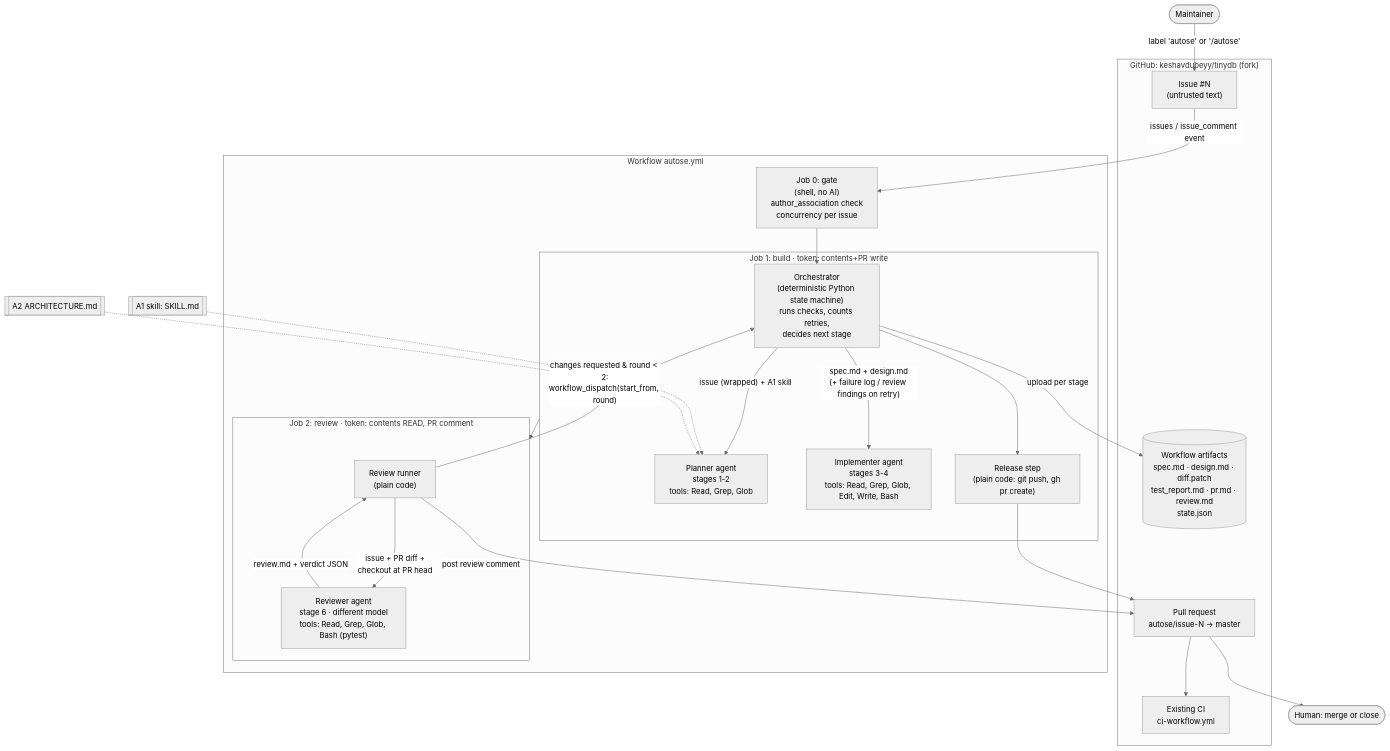
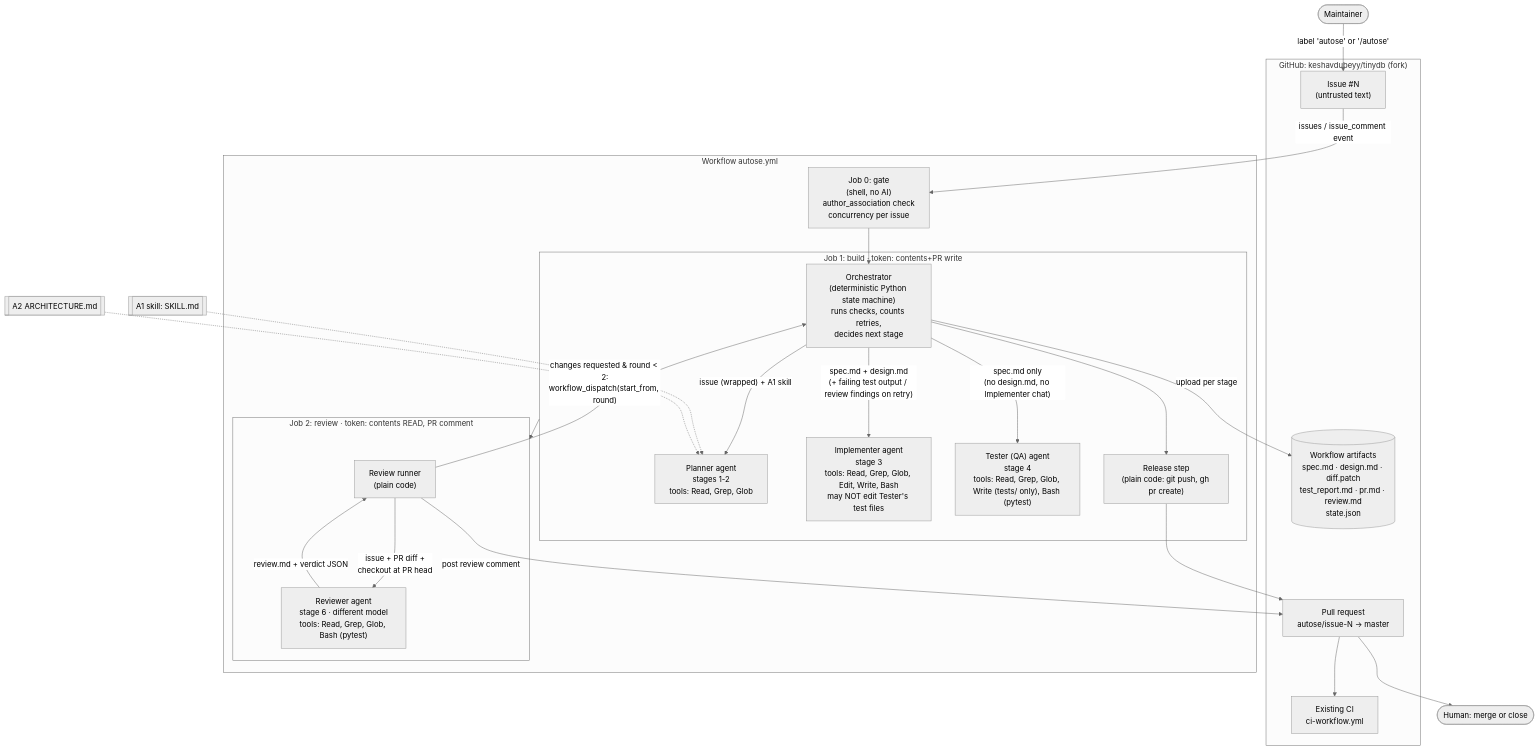
The diagram in architecture/views/component-view.md (keshavdubeyy/autose-a3), drawn with Mermaid (neutral theme) before and after one commit. The commit also changed other lines of this file and 5 other files, not shown here.

First line of the commit message:
Supersede ADR-001 with ADR-011: separate Tester (QA) agent

````diff
--- a/architecture/views/component-view.md
+++ b/architecture/views/component-view.md
@@ -6,45 +6,47 @@
 ```mermaid
 flowchart TB
     subgraph GH["GitHub: keshavdubeyy/tinydb (fork)"]
         ISSUE["Issue #N<br/>(untrusted text)"]
         PR["Pull request<br/>autose/issue-N → master"]
         CI["Existing CI<br/>ci-workflow.yml"]
         ART[("Workflow artifacts<br/>spec.md · design.md · diff.patch<br/>test_report.md · pr.md · review.md<br/>state.json")]
     end
 
     MAINT(["Maintainer"]) -- "label 'autose' or '/autose'" --> ISSUE
     ISSUE -- "issues / issue_comment event" --> GATE
 
     subgraph WF["Workflow autose.yml"]
         GATE["Job 0: gate<br/>(shell, no AI)<br/>author_association check<br/>concurrency per issue"]
 
         subgraph BUILD["Job 1: build · token: contents+PR write"]
             ORCH["Orchestrator<br/>(deterministic Python state machine)<br/>runs checks, counts retries,<br/>decides next stage"]
             PLAN["Planner agent<br/>stages 1-2<br/>tools: Read, Grep, Glob"]
-            IMPL["Implementer agent<br/>stages 3-4<br/>tools: Read, Grep, Glob, Edit, Write, Bash"]
+            IMPL["Implementer agent<br/>stage 3<br/>tools: Read, Grep, Glob, Edit, Write, Bash<br/>may NOT edit Tester's test files"]
+            TEST["Tester (QA) agent<br/>stage 4<br/>tools: Read, Grep, Glob, Write (tests/ only), Bash (pytest)"]
             REL["Release step<br/>(plain code: git push, gh pr create)"]
             ORCH -- "issue (wrapped) + A1 skill" --> PLAN
-            ORCH -- "spec.md + design.md<br/>(+ failure log / review findings on retry)" --> IMPL
+            ORCH -- "spec.md + design.md<br/>(+ failing test output / review findings on retry)" --> IMPL
+            ORCH -- "spec.md only<br/>(no design.md, no Implementer chat)" --> TEST
             ORCH --> REL
         end
 
         subgraph REVIEW["Job 2: review · token: contents READ, PR comment"]
             RORCH["Review runner<br/>(plain code)"]
             REV["Reviewer agent<br/>stage 6 · different model<br/>tools: Read, Grep, Glob, Bash (pytest)"]
             RORCH -- "issue + PR diff +<br/>checkout at PR head" --> REV
             REV -- "review.md + verdict JSON" --> RORCH
         end
 
         GATE --> ORCH
         REL --> PR
         PR --> CI
         BUILD --> REVIEW
     end
 
     A1[["A1 skill: SKILL.md"]] -.-> PLAN
     A2[["A2 ARCHITECTURE.md"]] -.-> PLAN
     ORCH -- "upload per stage" --> ART
     RORCH -- "post review comment" --> PR
     RORCH -- "changes requested & round < 2:<br/>workflow_dispatch(start_from, round)" --> ORCH
     PR --> HUMAN(["Human: merge or close"])
 ```
````
